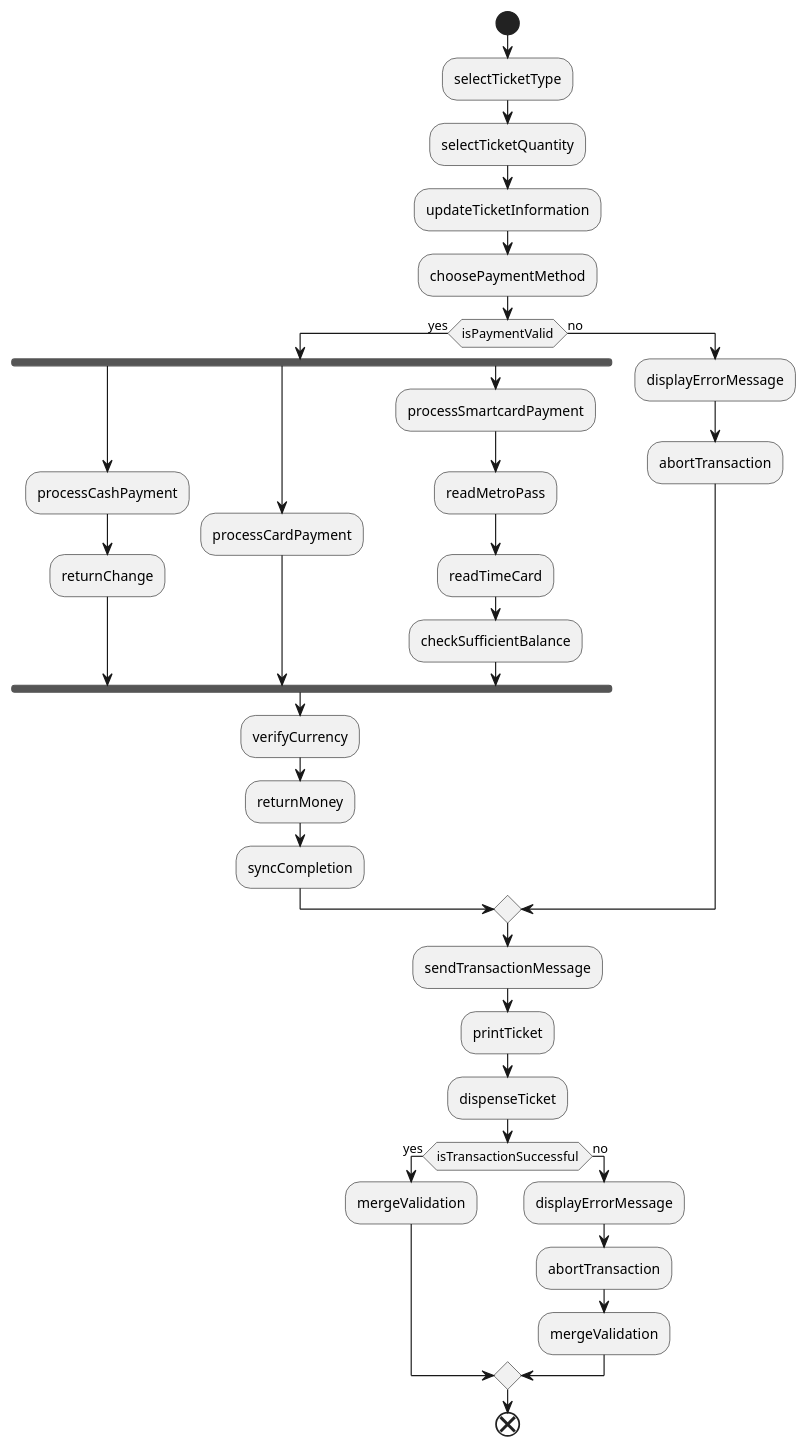
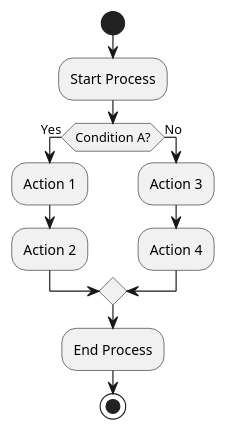
The diagram in LANGCHAIN/activityDiagram/debug.puml (vrajkmrpatel/minor-project), drawn with PlantUML before and after one commit. The commit also changed 53 other files, not shown here.

```diff
--- a/LANGCHAIN/activityDiagram/debug.puml
+++ b/LANGCHAIN/activityDiagram/debug.puml
@@ -1,43 +1,17 @@
 @startuml
 start
 
-:selectTicketType;
-:selectTicketQuantity;
-:updateTicketInformation;
-:choosePaymentMethod;
+:Start Process;
 
-if (isPaymentValid) then (yes)
-    fork
-        :processCashPayment;
-        :returnChange;
-    fork again
-        :processCardPayment;
-    fork again
-        :processSmartcardPayment;
-        :readMetroPass;
-        :readTimeCard;
-        :checkSufficientBalance;
-    end fork
-    :verifyCurrency;
-    :returnMoney;
-    :syncCompletion;
-else (no)
-    :displayErrorMessage;
-    :abortTransaction;
+if (Condition A?) then (Yes)
+  :Action 1;
+  :Action 2;
+else (No)
+  :Action 3;
+  :Action 4;
 endif
 
-:sendTransactionMessage;
-:printTicket;
-:dispenseTicket;
+:End Process;
 
-if (isTransactionSuccessful) then (yes)
-    :mergeValidation;
-else (no)
-    :displayErrorMessage;
-    :abortTransaction;
-    :mergeValidation;
-endif
-
-end
-
+stop
 @enduml
```
